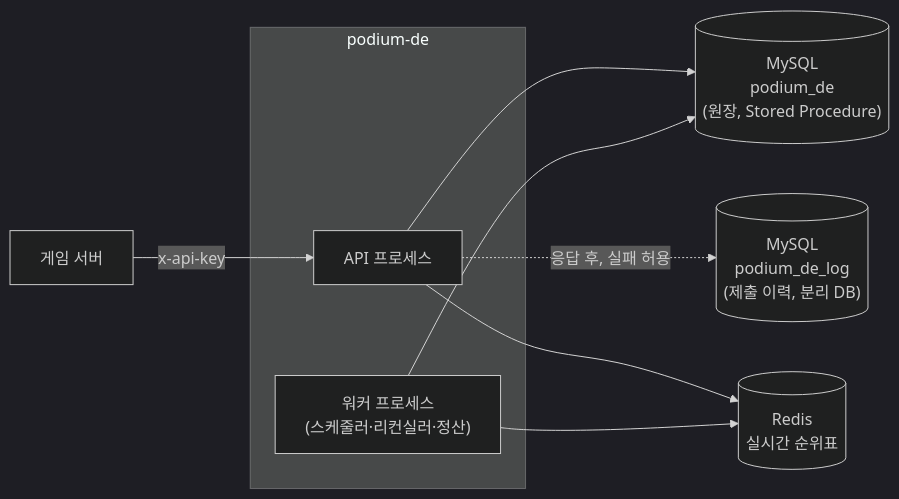
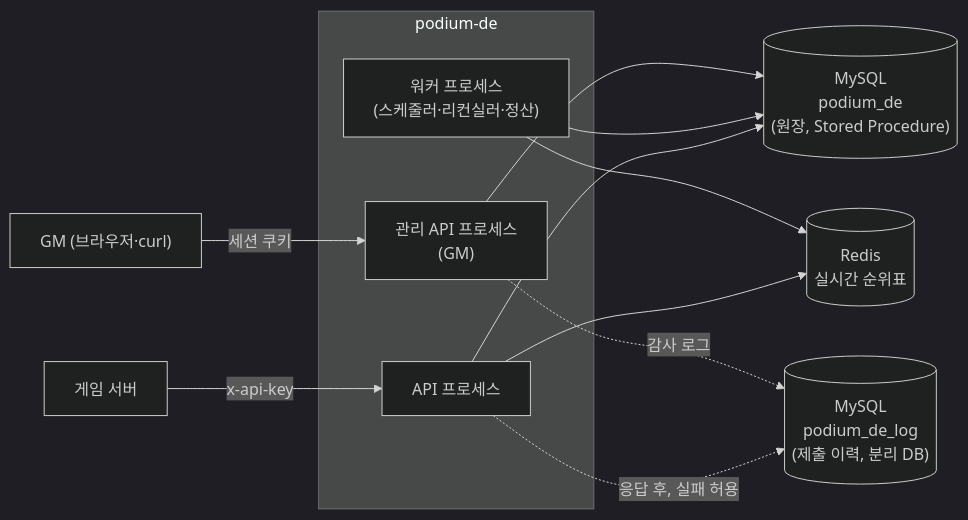
The diagram in README.md (trisakion0500/podium-de), drawn with Mermaid (dark theme) before and after one commit. The commit also changed other lines of this file and 2 other files, not shown here.

Commit message:
문서: 운영 대수 기준을 목표 피크 460건/초로 정리, README 실행 방법에 상시 프로세스 구분과 관리 API 반영

````diff
--- a/README.md
+++ b/README.md
@@ -93,20 +93,24 @@
 ```mermaid
 graph LR
     game["게임 서버"]
 
     subgraph podium["podium-de"]
         api["API 프로세스"]
         worker["워커 프로세스\n(스케줄러·리컨실러·정산)"]
+        admin["관리 API 프로세스\n(GM)"]
     end
 
     mysql[("MySQL\npodium_de\n(원장, Stored Procedure)")]
     logdb[("MySQL\npodium_de_log\n(제출 이력, 분리 DB)")]
     redis[("Redis\n실시간 순위표")]
 
     game -->|"x-api-key"| api
     api --> mysql
     api -.->|"응답 후, 실패 허용"| logdb
     api --> redis
     worker --> mysql
     worker --> redis
+    gm["GM (브라우저·curl)"] -->|"세션 쿠키"| admin
+    admin --> mysql
+    admin -.->|"감사 로그"| logdb
 ```
````
